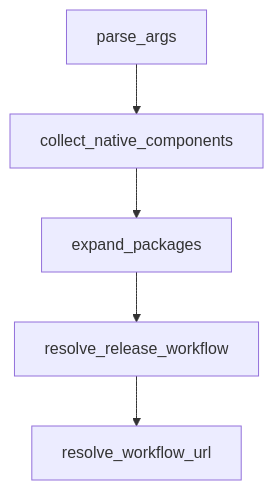
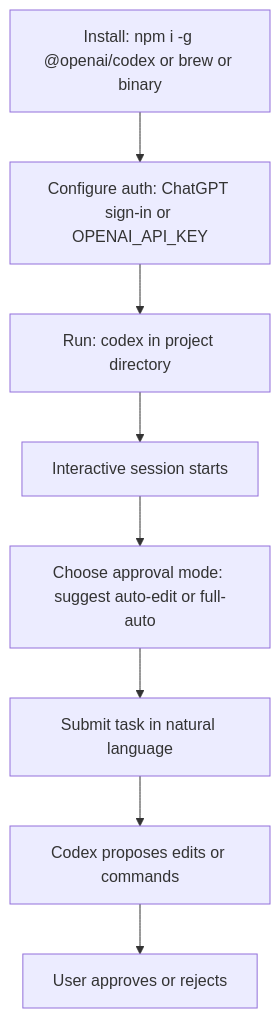
Before and after one commit to johnxie/awesome-code-docs: the diagram in tutorials/codex-cli-tutorial/01-getting-started.md, drawn with Mermaid. The commit also changed other lines of this file and 1232 other files, not shown here.

````diff
--- a/tutorials/codex-cli-tutorial/01-getting-started.md
+++ b/tutorials/codex-cli-tutorial/01-getting-started.md
@@ -212,12 +55,18 @@
 ```mermaid
 flowchart TD
-    A[parse_args]
-    B[collect_native_components]
-    C[expand_packages]
-    D[resolve_release_workflow]
-    E[resolve_workflow_url]
+    A[Install: npm i -g @openai/codex or brew or binary]
+    B[Configure auth: ChatGPT sign-in or OPENAI_API_KEY]
+    C[Run: codex in project directory]
+    D[Interactive session starts]
+    E[Choose approval mode: suggest auto-edit or full-auto]
+    F[Submit task in natural language]
+    G[Codex proposes edits or commands]
+    H[User approves or rejects]
     A --> B
     B --> C
     C --> D
     D --> E
+    E --> F
+    F --> G
+    G --> H
 ```
````
